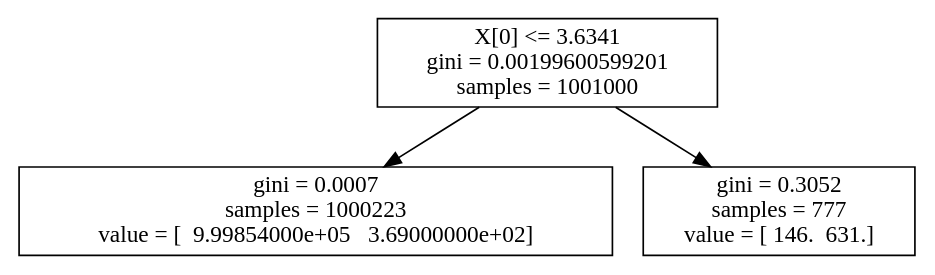
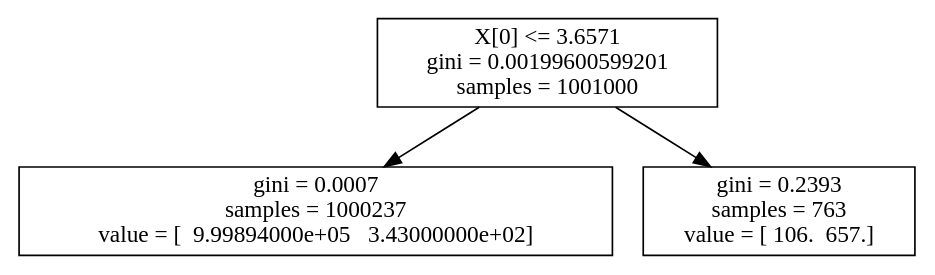
One commit to NaOsugi1987/myStudies changed the diagram in 異常検知と変化検知/tree.dot. Above: the diagram before and after it, drawn with Graphviz. The commit also changed 3 other files, not shown here.

```diff
--- a/異常検知と変化検知/tree.dot
+++ b/異常検知と変化検知/tree.dot
@@ -1,7 +1,7 @@
 digraph Tree {
-0 [label="X[0] <= 3.6341\ngini = 0.00199600599201\nsamples = 1001000", shape="box"] ;
-1 [label="gini = 0.0007\nsamples = 1000223\nvalue = [  9.99854000e+05   3.69000000e+02]", shape="box"] ;
+0 [label="X[0] <= 3.6571\ngini = 0.00199600599201\nsamples = 1001000", shape="box"] ;
+1 [label="gini = 0.0007\nsamples = 1000237\nvalue = [  9.99894000e+05   3.43000000e+02]", shape="box"] ;
 0 -> 1 ;
-2 [label="gini = 0.3052\nsamples = 777\nvalue = [ 146.  631.]", shape="box"] ;
+2 [label="gini = 0.2393\nsamples = 763\nvalue = [ 106.  657.]", shape="box"] ;
 0 -> 2 ;
 }
```
